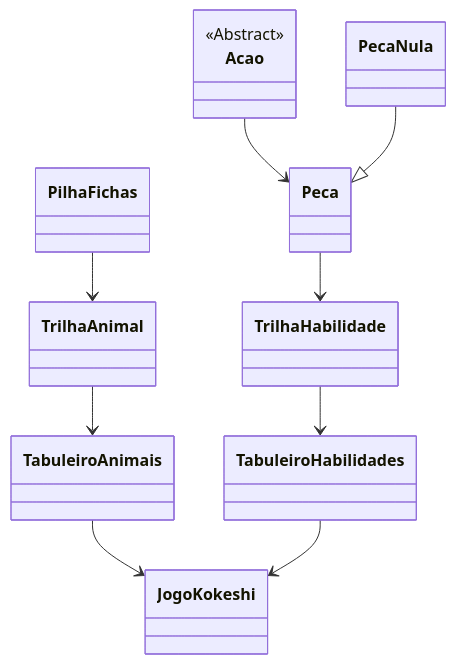
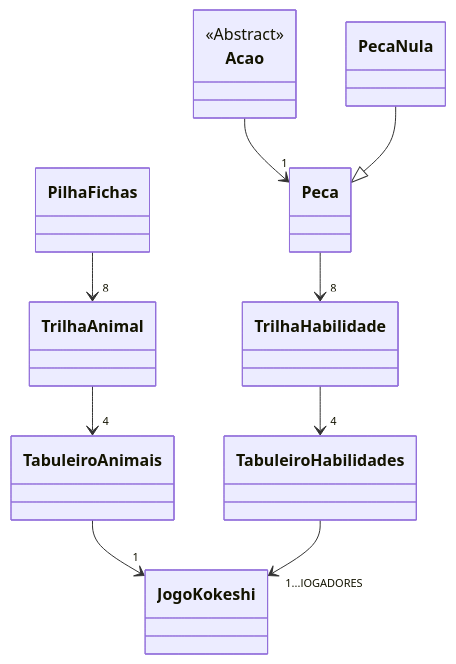
One commit to gus-campos/atps-engine changed the diagram in src/games/Kokeshi/README.md. Above: the diagram before and after it, drawn with Mermaid. The commit also changed other lines of this file and 4 other files, not shown here.

Commit message:
add diagram

````diff
--- a/src/games/Kokeshi/README.md
+++ b/src/games/Kokeshi/README.md
@@ -3,30 +7,30 @@
 ```mermaid
 classDiagram
 
     class JogoKokeshi
 
     class TabuleiroHabilidades
     class TrilhaHabilidade
     
     class PilhaFichas
     class TrilhaAnimal
     class TabuleiroAnimais 
     
     class Peca
 
     class Acao {
         <<Abstract>>
     }
 
-    PilhaFichas --> TrilhaAnimal 
-    TrilhaAnimal --> TabuleiroAnimais
-    TabuleiroAnimais --> JogoKokeshi
+    PilhaFichas --> "8" TrilhaAnimal 
+    TrilhaAnimal --> "4" TabuleiroAnimais
+    TabuleiroAnimais --> "1" JogoKokeshi
 
 
-    Peca --> TrilhaHabilidade
-    TrilhaHabilidade --> TabuleiroHabilidades
-    TabuleiroHabilidades --> JogoKokeshi
+    Peca --> "8" TrilhaHabilidade
+    TrilhaHabilidade --> "4" TabuleiroHabilidades
+    TabuleiroHabilidades --> "1...JOGADORES" JogoKokeshi
 
-    Acao --> Peca
+    Acao --> "1" Peca
     PecaNula --|> Peca
 ```
````
